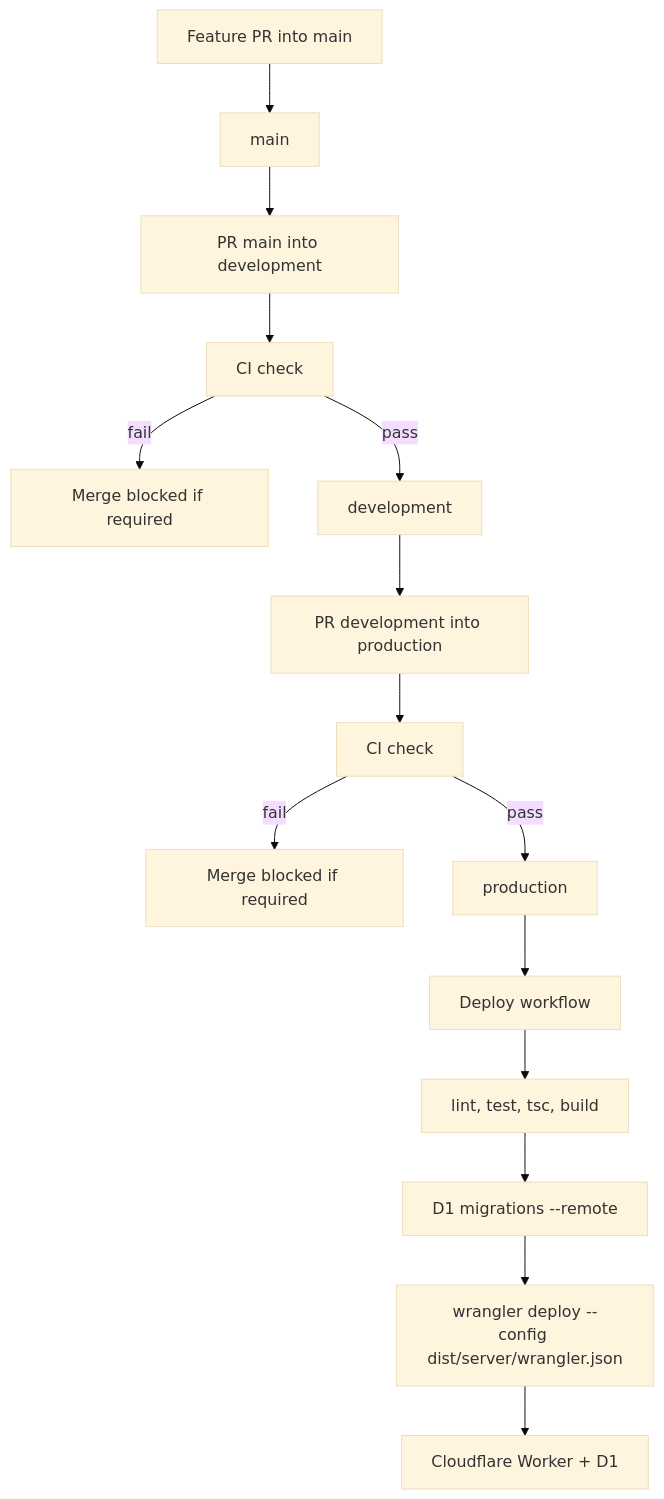
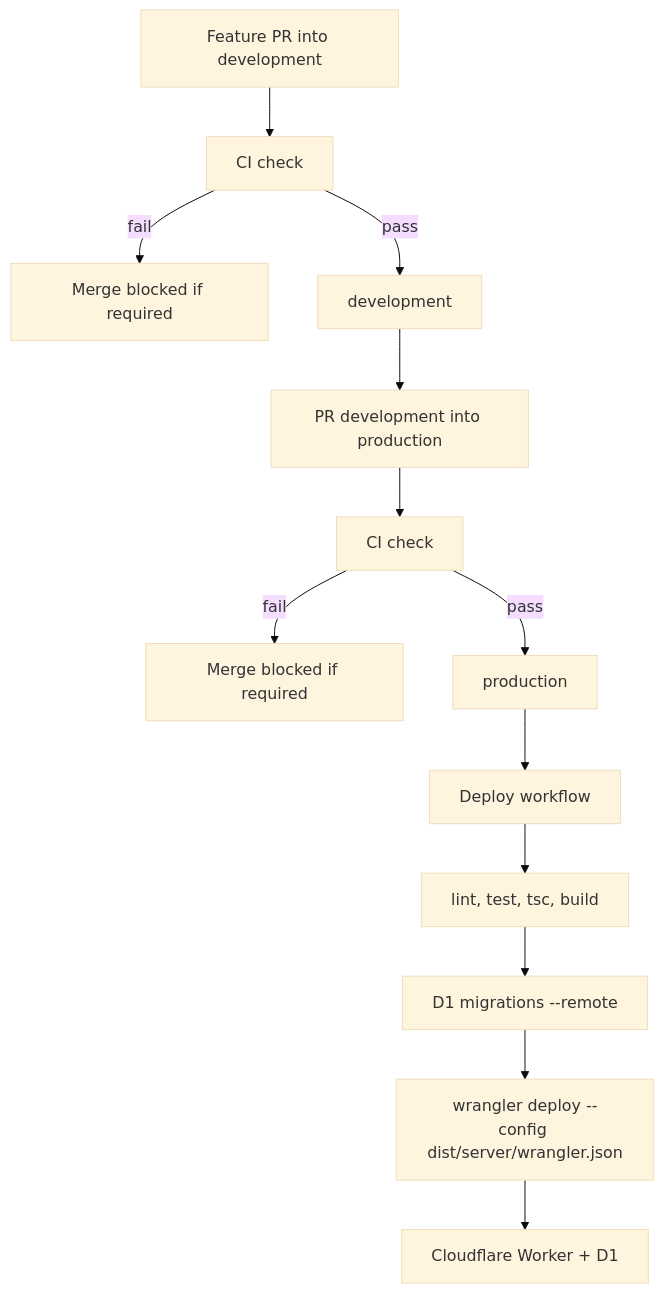
The sixth of 25 diagrams in docs/04-project-diagrams.md (yogzis/Padel-Mate), drawn with Mermaid (base theme) before and after one commit. The commit also changed other lines of this file and 2 other files, not shown here.

Commit message:
Document feature-to-development-to-production promotion and retire main.

````diff
--- a/docs/04-project-diagrams.md
+++ b/docs/04-project-diagrams.md
@@ -168,17 +168,15 @@
 ```mermaid
 flowchart TD
-  F[Feature PR into main] --> M[main]
-  M --> P1[PR main into development]
-  P1 --> C1[CI check]
+  F[Feature PR into development] --> C1[CI check]
   C1 -->|fail| D1[Merge blocked if required]
   C1 -->|pass| Dev[development]
   Dev --> P2[PR development into production]
   P2 --> C2[CI check]
   C2 -->|fail| D2[Merge blocked if required]
   C2 -->|pass| Prod[production]
   Prod --> G[Deploy workflow]
   G --> H[lint, test, tsc, build]
   H --> I[D1 migrations --remote]
   I --> J["wrangler deploy --config dist/server/wrangler.json"]
   J --> K[Cloudflare Worker + D1]
 ```
````
